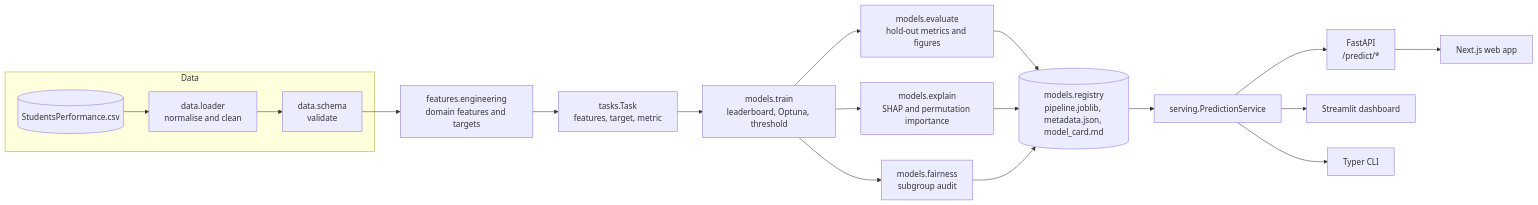
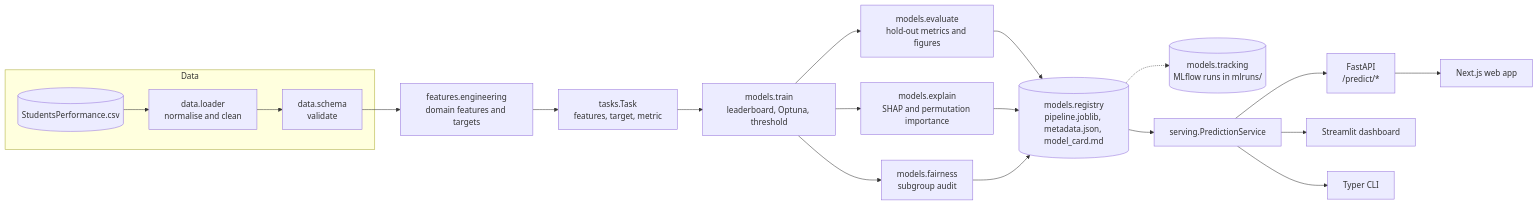
Before and after one commit to ZainDev04/edupulse: the diagram in docs/architecture.md, drawn with Mermaid. The commit also changed other lines of this file and 47 other files, not shown here.

First line of the commit message:
Add MLflow experiment tracking behind the model registry

````diff
--- a/docs/architecture.md
+++ b/docs/architecture.md
@@ -15,21 +15,22 @@
 ```mermaid
 flowchart LR
     subgraph Data
         RAW[(StudentsPerformance.csv)] --> LOAD[data.loader<br/>normalise and clean]
         LOAD --> VAL[data.schema<br/>validate]
     end
     VAL --> FE[features.engineering<br/>domain features and targets]
     FE --> TASK[tasks.Task<br/>features, target, metric]
     TASK --> TRAIN[models.train<br/>leaderboard, Optuna, threshold]
     TRAIN --> EVAL[models.evaluate<br/>hold-out metrics and figures]
     TRAIN --> XAI[models.explain<br/>SHAP and permutation importance]
     TRAIN --> FAIR[models.fairness<br/>subgroup audit]
     EVAL --> REG[(models.registry<br/>pipeline.joblib, metadata.json, model_card.md)]
     XAI --> REG
     FAIR --> REG
+    REG -.-> MLF[(models.tracking<br/>MLflow runs in mlruns/)]
     REG --> SVC[serving.PredictionService]
     SVC --> API[FastAPI<br/>/predict/*]
     API --> WEB[Next.js web app]
     SVC --> UI[Streamlit dashboard]
     SVC --> CLI[Typer CLI]
 ```
````
